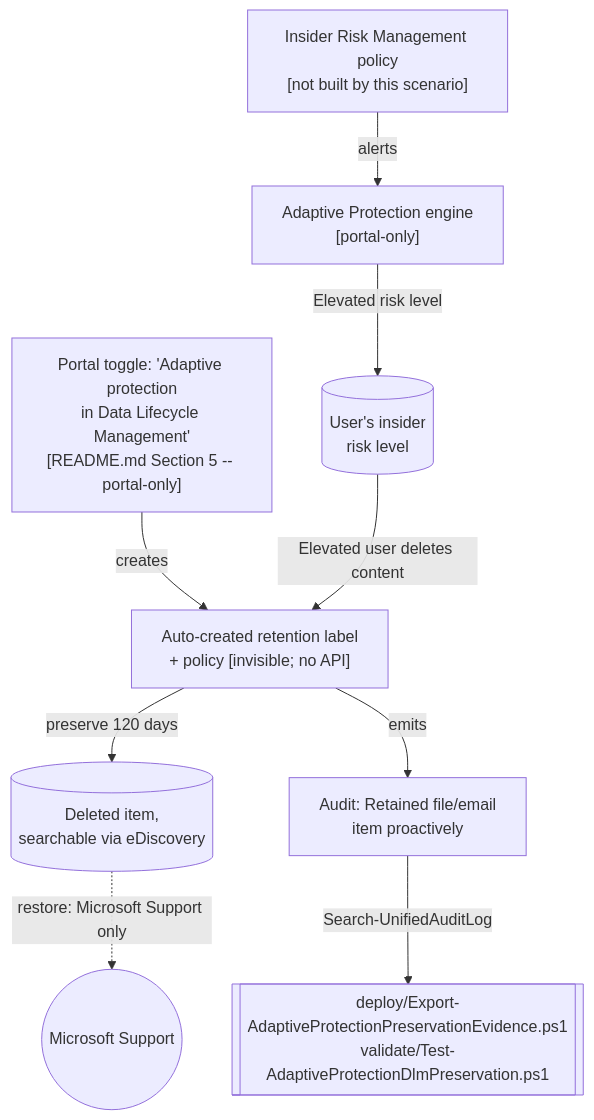
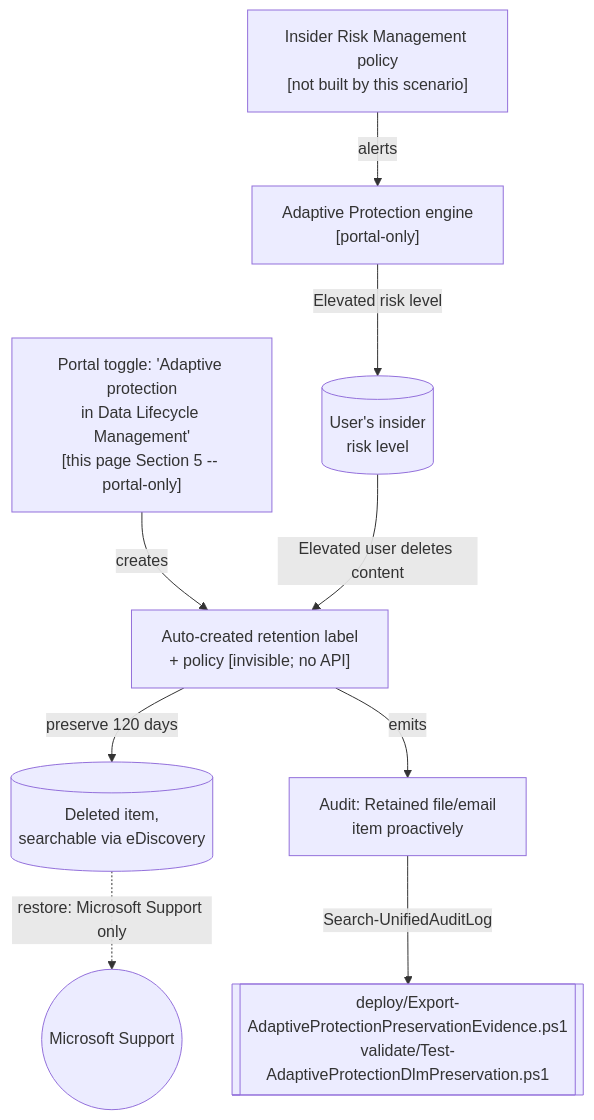
The diagram in src/content/scenarios/data-lifecycle-management/adaptive-protection-deleted-content-preservation.md (kpsec1/kpsec1.github.io), drawn with Mermaid before and after one commit. The commit also changed 269 other files, not shown here.

````diff
--- a/src/content/scenarios/data-lifecycle-management/adaptive-protection-deleted-content-preservation.md
+++ b/src/content/scenarios/data-lifecycle-management/adaptive-protection-deleted-content-preservation.md
@@ -45,11 +45,11 @@
 ```mermaid
 flowchart TD
     IRM["Insider Risk Management policy\n[not built by this scenario]"] -->|alerts| APEngine["Adaptive Protection engine\n[portal-only]"]
     APEngine -->|Elevated risk level| RiskLevel[("User's insider\nrisk level")]
-    Toggle["Portal toggle: 'Adaptive protection\nin Data Lifecycle Management'\n[README.md Section 5 -- portal-only]"] -->|creates| DLMPolicy["Auto-created retention label\n+ policy [invisible; no API]"]
+    Toggle["Portal toggle: 'Adaptive protection\nin Data Lifecycle Management'\n[this page Section 5 -- portal-only]"] -->|creates| DLMPolicy["Auto-created retention label\n+ policy [invisible; no API]"]
     RiskLevel -->|Elevated user deletes content| DLMPolicy
     DLMPolicy -->|preserve 120 days| Preserved[("Deleted item,\nsearchable via eDiscovery")]
     DLMPolicy -->|emits| AuditEvt["Audit: Retained file/email\nitem proactively"]
     AuditEvt -->|Search-UnifiedAuditLog| Scripts[["deploy/Export-AdaptiveProtectionPreservationEvidence.ps1\nvalidate/Test-AdaptiveProtectionDlmPreservation.ps1"]]
     Preserved -.->|restore: Microsoft Support only| Support(("Microsoft Support"))
 ```
````
